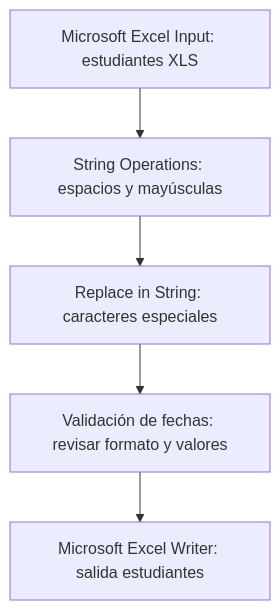
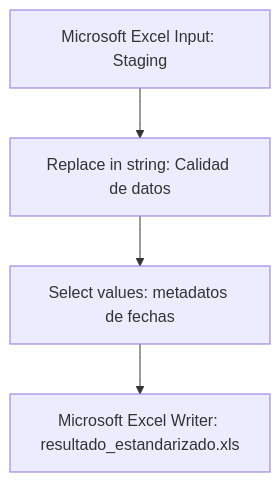
Before and after one commit to BI-Grupo-G-EPN/Business-Intelligence-Grupo-G: the first of 3 diagrams in Práctica 1/README.md, drawn with Mermaid. The commit also changed other lines of this file, not shown here.

````diff
--- a/Práctica 1/README.md
+++ b/Práctica 1/README.md
@@ -145,7 +151,6 @@
 ```mermaid
 flowchart TD
-    A[Microsoft Excel Input: estudiantes XLS] --> B[String Operations: espacios y mayúsculas]
-    B --> C[Replace in String: caracteres especiales]
-    C --> D[Validación de fechas: revisar formato y valores]
-    D --> E[Microsoft Excel Writer: salida estudiantes]
+    A[Microsoft Excel Input: Staging] --> B[Replace in string: Calidad de datos]
+    B --> C[Select values: metadatos de fechas]
+    C --> D[Microsoft Excel Writer: resultado_estandarizado.xls]
 ```
````
